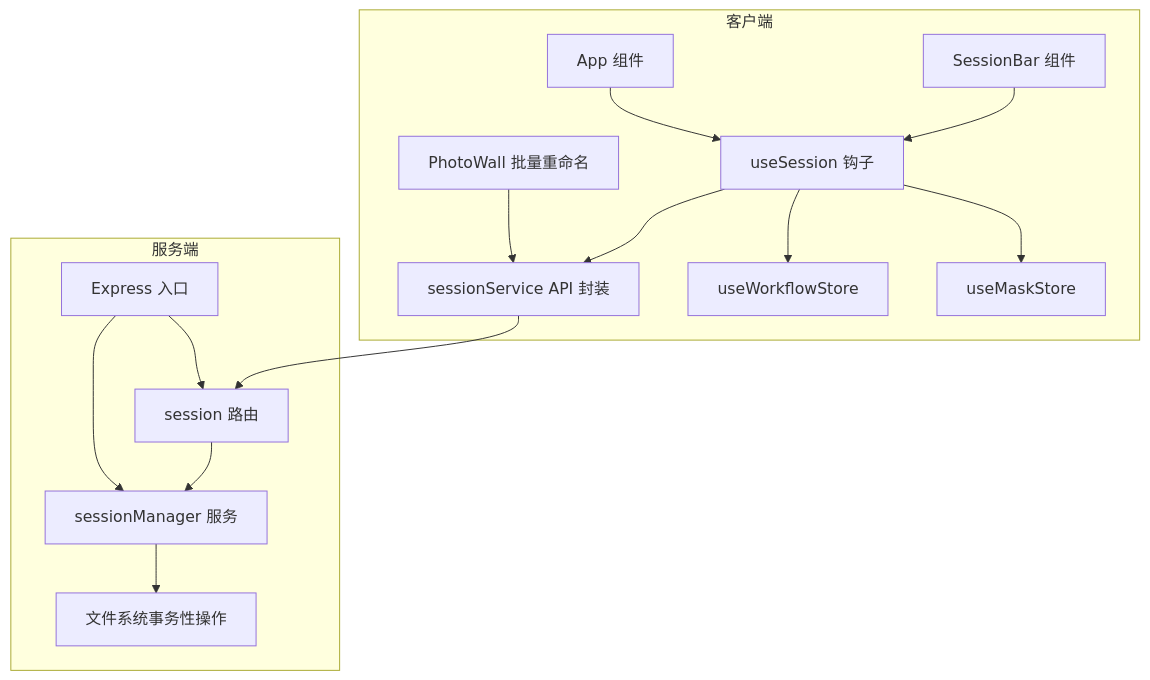
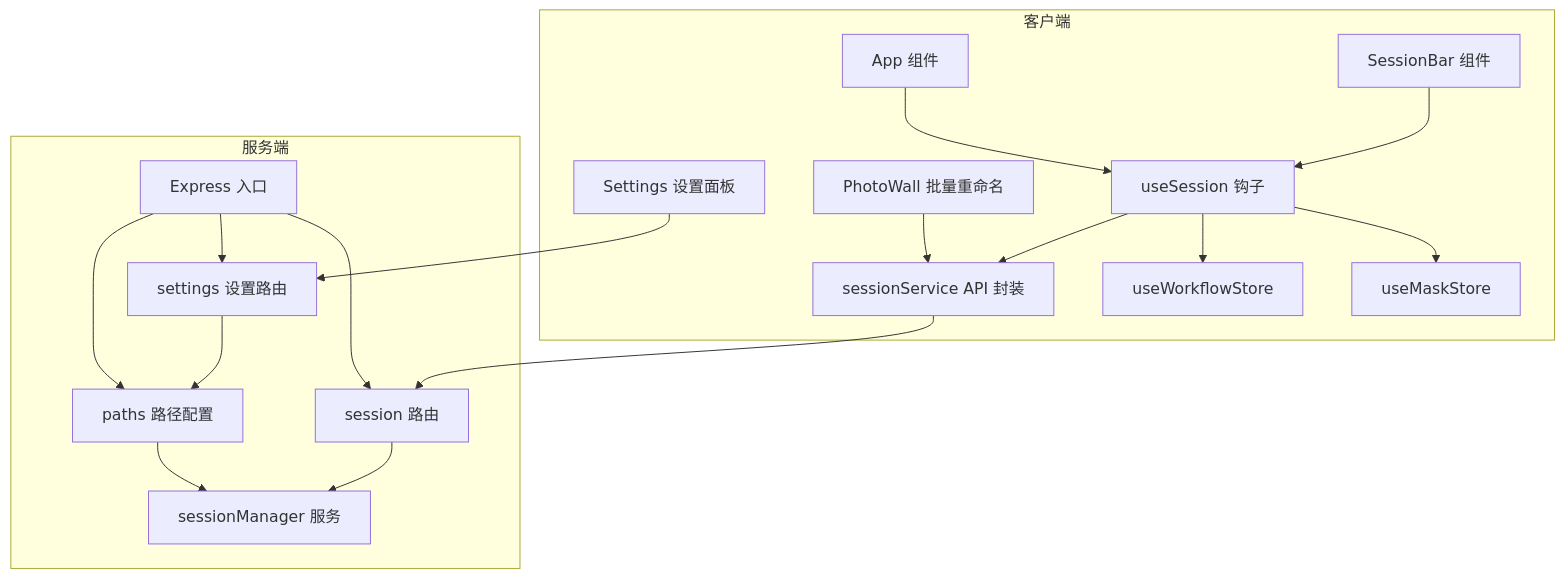
Before and after one commit to billye220670/CorineKit_Pix2Real: the first of 5 diagrams in .qoder/repowiki/zh/content/后端服务/会话管理服务.md, drawn with Mermaid. The commit also changed other lines of this file and 13 other files, not shown here.

````diff
--- a/.qoder/repowiki/zh/content/后端服务/会话管理服务.md
+++ b/.qoder/repowiki/zh/content/后端服务/会话管理服务.md
@@ -47,29 +50,34 @@
 ```mermaid
 graph TB
 subgraph "客户端"
 US["useSession 钩子"]
 SS["sessionService API 封装"]
 WS["useWorkflowStore"]
 MS["useMaskStore"]
 SB["SessionBar 组件"]
 APP["App 组件"]
 PW["PhotoWall 批量重命名"]
+STS["Settings 设置面板"]
 end
 subgraph "服务端"
 SR["session 路由"]
+ST["settings 设置路由"]
 SM["sessionManager 服务"]
-SM2["文件系统事务性操作"]
+PC["paths 路径配置"]
 IDX["Express 入口"]
 end
 US --> SS
 SS --> SR
 SR --> SM
-SM --> SM2
+ST --> PC
+PC --> SM
 US --> WS
 US --> MS
 SB --> US
 APP --> US
 PW --> SS
+STS --> ST
 IDX --> SR
-IDX --> SM
+IDX --> ST
+IDX --> PC
 ```
````
